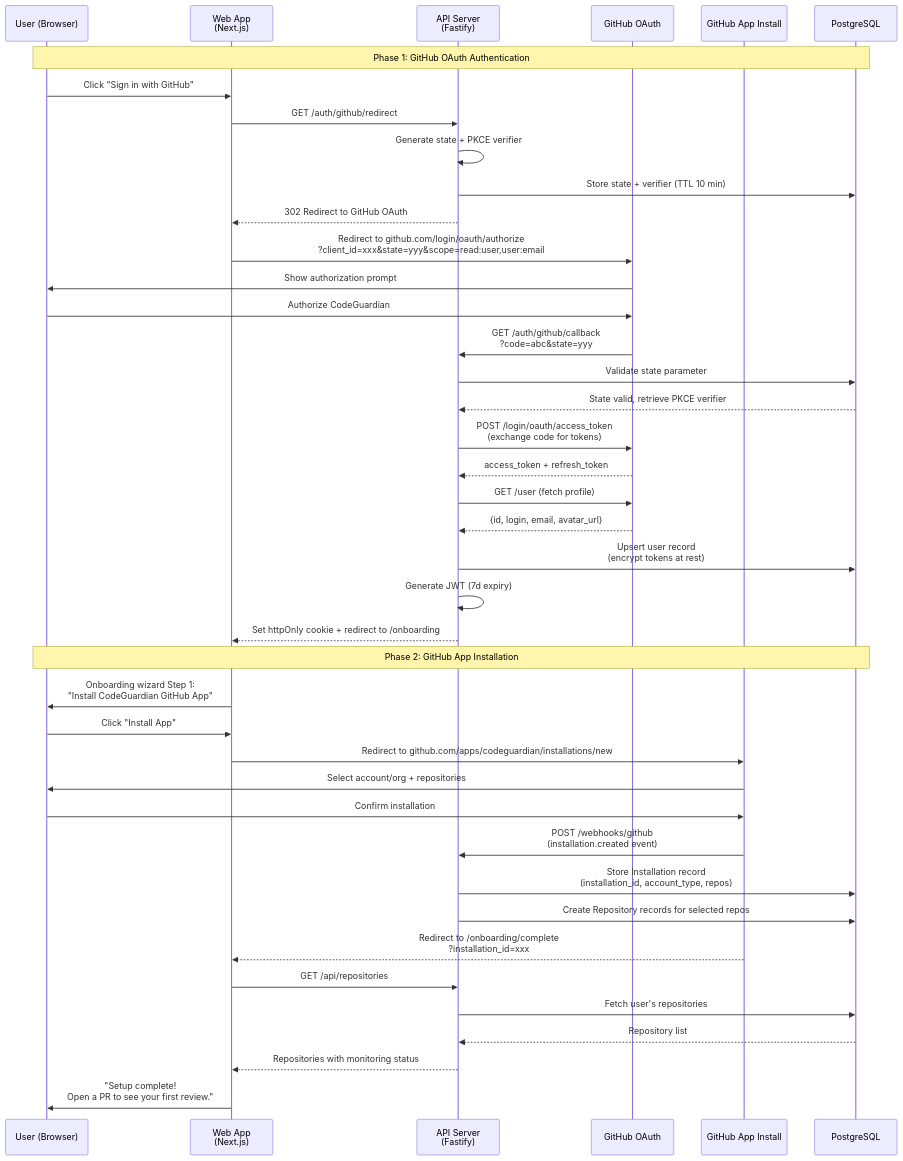
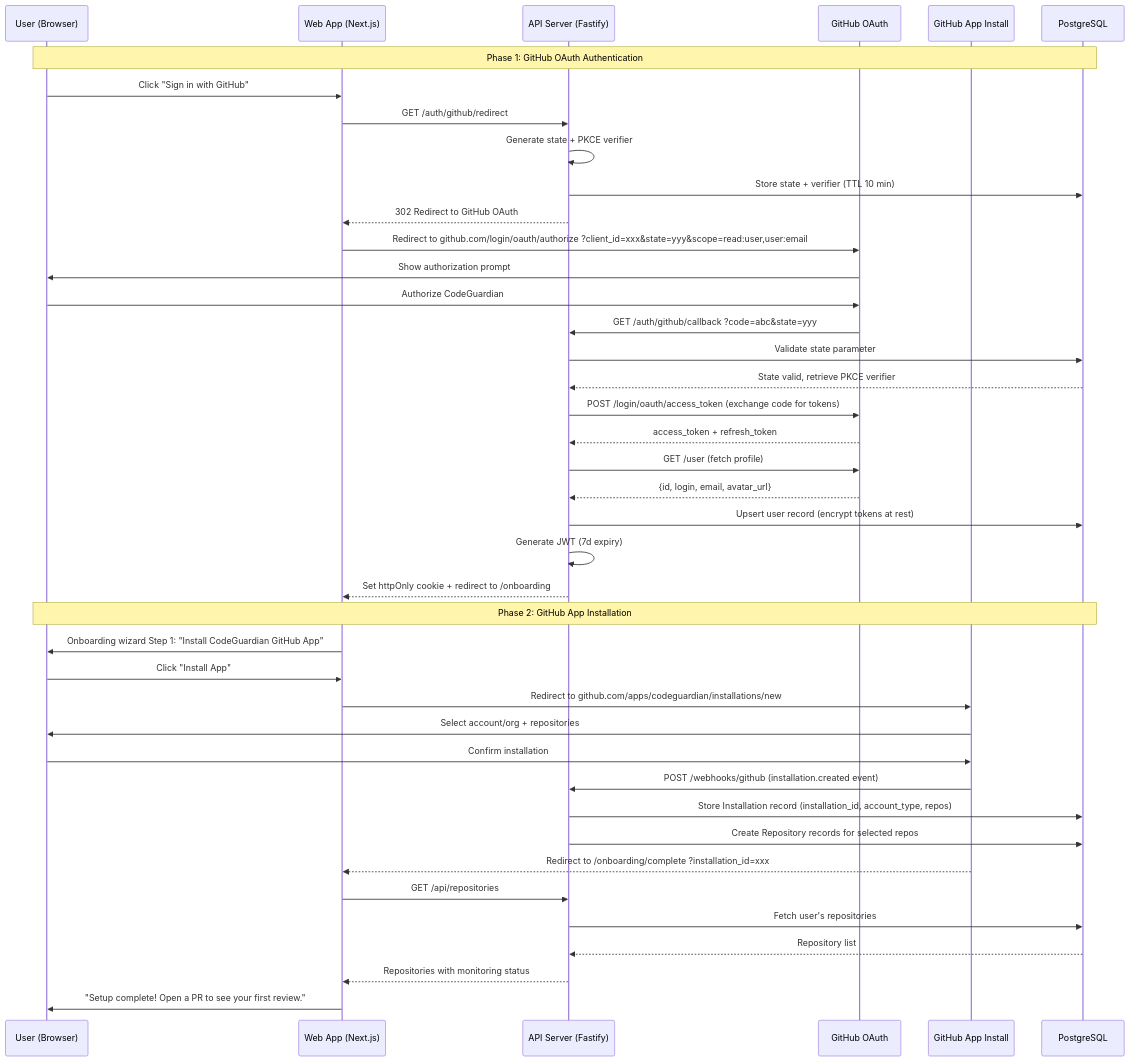
Before and after one commit to Tamoura/Claude-Code-creates-the-SW-company: the fifth of 11 diagrams in products/codeguardian/docs/architecture.md, drawn with Mermaid. The commit also changed other lines of this file, not shown here.

First line of the commit message:
fix(codeguardian): remove br tags from Mermaid sequence diagrams

````diff
--- a/products/codeguardian/docs/architecture.md
+++ b/products/codeguardian/docs/architecture.md
@@ -408,56 +408,56 @@
 ```mermaid
 sequenceDiagram
     participant User as User (Browser)
-    participant Web as Web App<br/>(Next.js)
-    participant API as API Server<br/>(Fastify)
+    participant Web as Web App (Next.js)
+    participant API as API Server (Fastify)
     participant GH_OAuth as GitHub OAuth
     participant GH_App as GitHub App Install
     participant DB as PostgreSQL
 
     Note over User,DB: Phase 1: GitHub OAuth Authentication
 
     User->>Web: Click "Sign in with GitHub"
     Web->>API: GET /auth/github/redirect
     API->>API: Generate state + PKCE verifier
     API->>DB: Store state + verifier (TTL 10 min)
     API-->>Web: 302 Redirect to GitHub OAuth
 
-    Web->>GH_OAuth: Redirect to github.com/login/oauth/authorize<br/>?client_id=xxx&state=yyy&scope=read:user,user:email
+    Web->>GH_OAuth: Redirect to github.com/login/oauth/authorize ?client_id=xxx&state=yyy&scope=read:user,user:email
 
     GH_OAuth->>User: Show authorization prompt
     User->>GH_OAuth: Authorize CodeGuardian
-    GH_OAuth->>API: GET /auth/github/callback<br/>?code=abc&state=yyy
+    GH_OAuth->>API: GET /auth/github/callback ?code=abc&state=yyy
 
     API->>DB: Validate state parameter
     DB-->>API: State valid, retrieve PKCE verifier
-    API->>GH_OAuth: POST /login/oauth/access_token<br/>(exchange code for tokens)
+    API->>GH_OAuth: POST /login/oauth/access_token (exchange code for tokens)
     GH_OAuth-->>API: access_token + refresh_token
 
     API->>GH_OAuth: GET /user (fetch profile)
     GH_OAuth-->>API: {id, login, email, avatar_url}
 
-    API->>DB: Upsert user record<br/>(encrypt tokens at rest)
+    API->>DB: Upsert user record (encrypt tokens at rest)
     API->>API: Generate JWT (7d expiry)
     API-->>Web: Set httpOnly cookie + redirect to /onboarding
 
     Note over User,DB: Phase 2: GitHub App Installation
 
-    Web->>User: Onboarding wizard Step 1:<br/>"Install CodeGuardian GitHub App"
+    Web->>User: Onboarding wizard Step 1: "Install CodeGuardian GitHub App"
     User->>Web: Click "Install App"
     Web->>GH_App: Redirect to github.com/apps/codeguardian/installations/new
 
     GH_App->>User: Select account/org + repositories
     User->>GH_App: Confirm installation
-    GH_App->>API: POST /webhooks/github<br/>(installation.created event)
+    GH_App->>API: POST /webhooks/github (installation.created event)
 
-    API->>DB: Store Installation record<br/>(installation_id, account_type, repos)
+    API->>DB: Store Installation record (installation_id, account_type, repos)
     API->>DB: Create Repository records for selected repos
 
-    GH_App-->>Web: Redirect to /onboarding/complete<br/>?installation_id=xxx
+    GH_App-->>Web: Redirect to /onboarding/complete ?installation_id=xxx
 
     Web->>API: GET /api/repositories
     API->>DB: Fetch user's repositories
     DB-->>API: Repository list
     API-->>Web: Repositories with monitoring status
-    Web->>User: "Setup complete!<br/>Open a PR to see your first review."
+    Web->>User: "Setup complete! Open a PR to see your first review."
 ```
````
